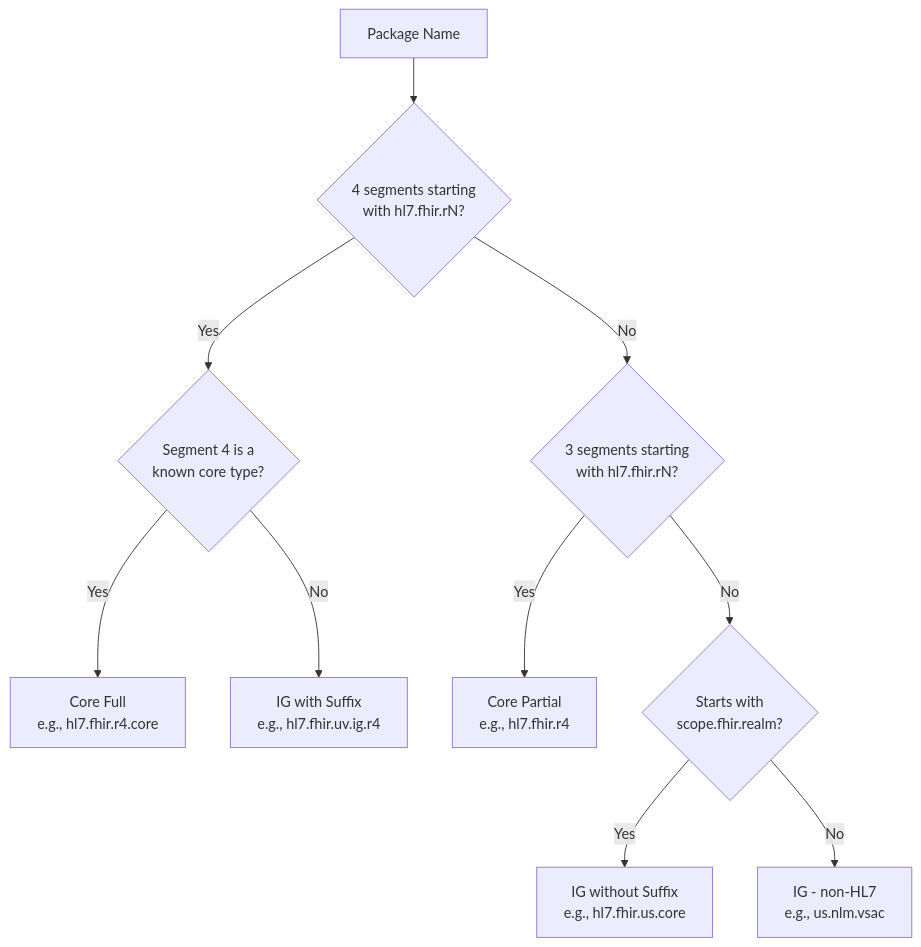
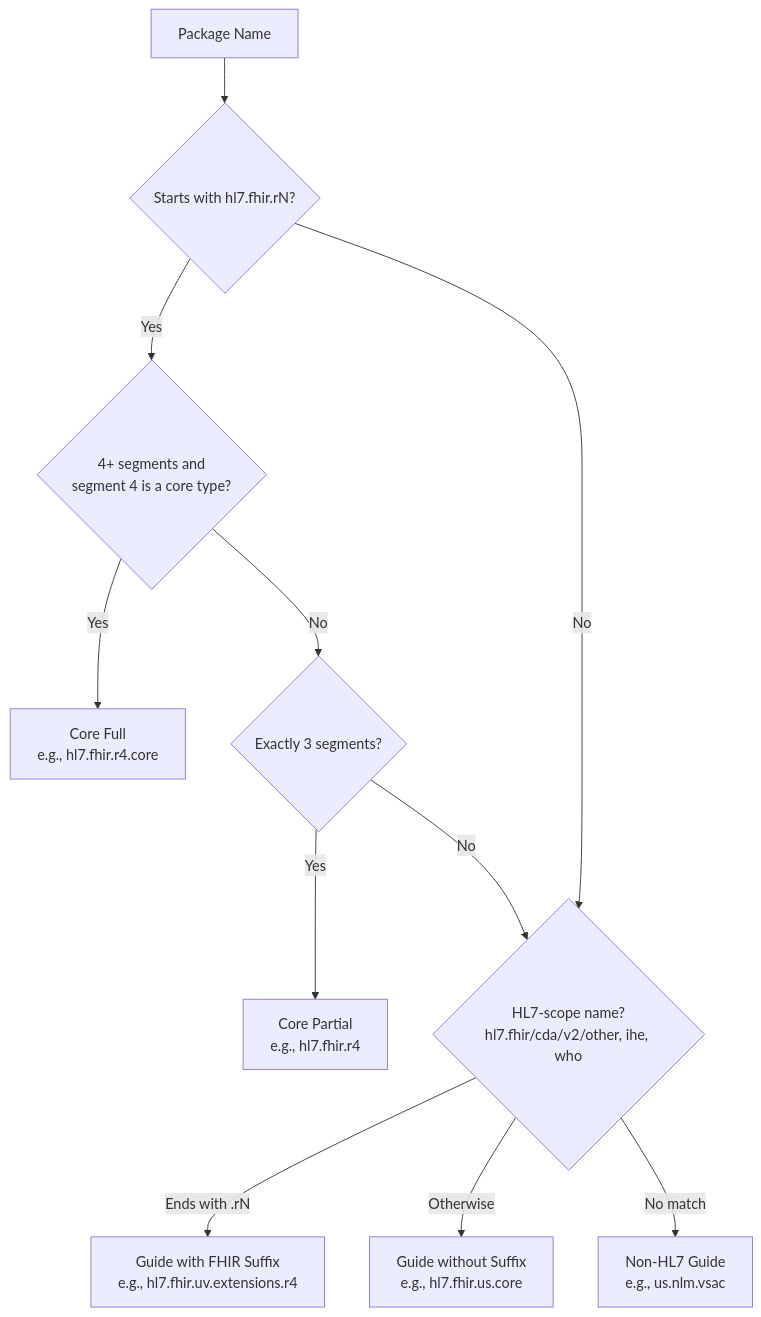
The second of 4 diagrams in reference/resolution.md (GinoCanessa/dotnet-fhir-packages), drawn with Mermaid before and after one commit. The commit also changed other lines of this file and 3 other files, not shown here.

````diff
--- a/reference/resolution.md
+++ b/reference/resolution.md
@@ -50,12 +50,13 @@
 ```mermaid
 flowchart TD
-    A[Package Name] --> B{4 segments starting<br/>with hl7.fhir.rN?}
-    B -->|Yes| C{Segment 4 is a<br/>known core type?}
+    A[Package Name] --> B{Starts with hl7.fhir.rN?}
+    B -->|Yes| C{4+ segments and<br/>segment 4 is a core type?}
     C -->|Yes| D[Core Full<br/>e.g., hl7.fhir.r4.core]
-    C -->|No| E[IG with Suffix<br/>e.g., hl7.fhir.uv.ig.r4]
-    B -->|No| F{3 segments starting<br/>with hl7.fhir.rN?}
-    F -->|Yes| G[Core Partial<br/>e.g., hl7.fhir.r4]
-    F -->|No| H{Starts with<br/>scope.fhir.realm?}
-    H -->|Yes| I[IG without Suffix<br/>e.g., hl7.fhir.us.core]
-    H -->|No| J[IG - non-HL7<br/>e.g., us.nlm.vsac]
+    C -->|No| K{Exactly 3 segments?}
+    K -->|Yes| G[Core Partial<br/>e.g., hl7.fhir.r4]
+    K -->|No| H{HL7-scope name?<br/>hl7.fhir/cda/v2/other, ihe, who}
+    B -->|No| H
+    H -->|Ends with .rN| E[Guide with FHIR Suffix<br/>e.g., hl7.fhir.uv.extensions.r4]
+    H -->|Otherwise| I[Guide without Suffix<br/>e.g., hl7.fhir.us.core]
+    H -->|No match| J[Non-HL7 Guide<br/>e.g., us.nlm.vsac]
 ```
````
